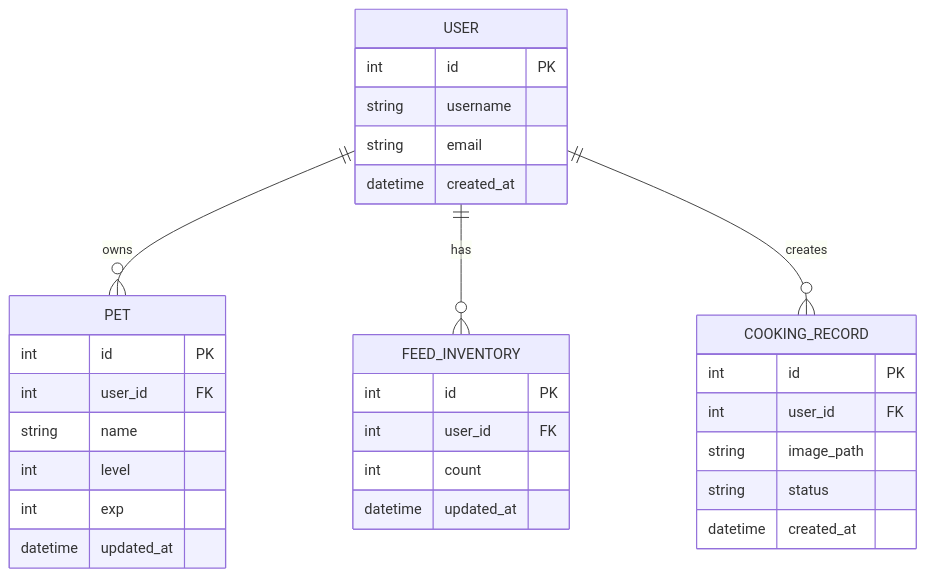
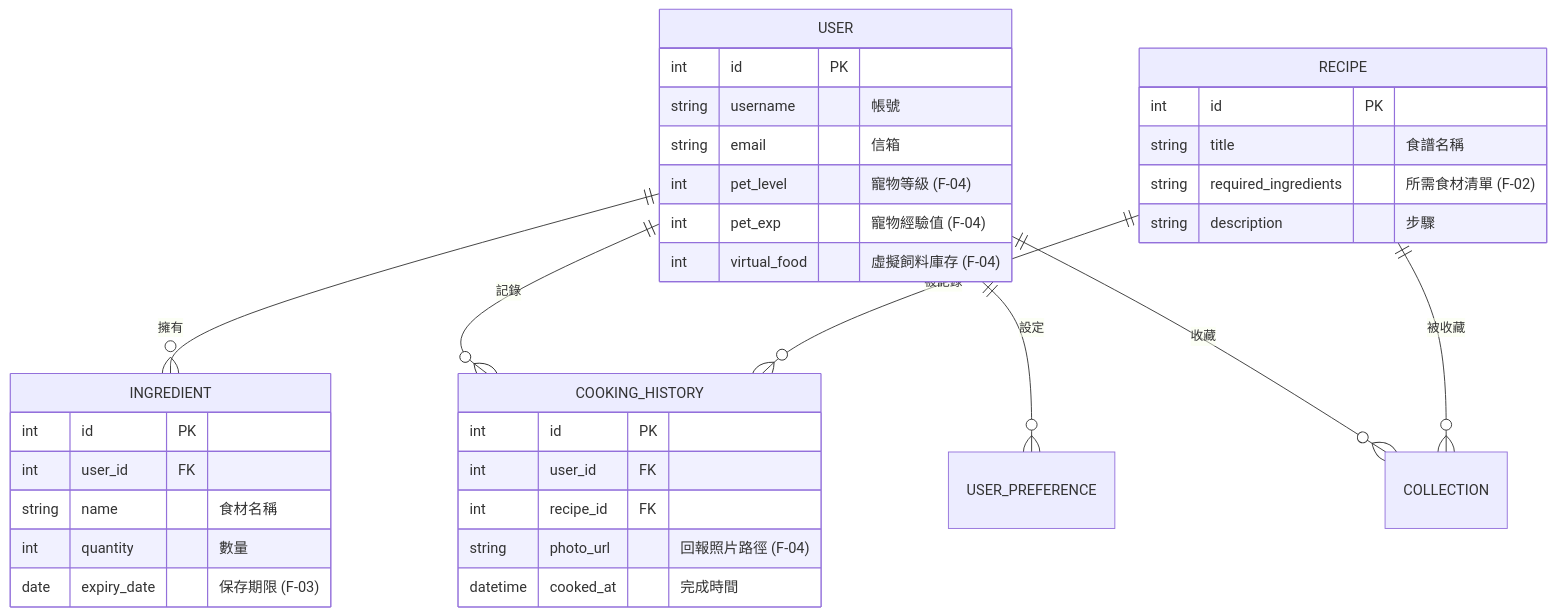
One commit to 960527jane-del/goodjob changed the diagram in docs/DB_DESIGN.md. Above: the diagram before and after it, drawn with Mermaid. The commit also changed other lines of this file and 1 other file, not shown here.

Commit message:
feat: add database schema and models

````diff
--- a/docs/DB_DESIGN.md
+++ b/docs/DB_DESIGN.md
@@ -46,37 +7,41 @@
 ```mermaid
 erDiagram
-  USER ||--o{ PET : owns
-  USER ||--o{ FEED_INVENTORY : has
-  USER ||--o{ COOKING_RECORD : creates
+    USER ||--o{ INGREDIENT : "擁有"
+    USER ||--o{ COOKING_HISTORY : "記錄"
+    USER ||--o{ USER_PREFERENCE : "設定"
+    USER ||--o{ COLLECTION : "收藏"
+    RECIPE ||--o{ COOKING_HISTORY : "被記錄"
+    RECIPE ||--o{ COLLECTION : "被收藏"
 
-  USER {
-    int id PK
-    string username
-    string email
-    datetime created_at
-  }
-
-  PET {
-    int id PK
-    int user_id FK
-    string name
-    int level
-    int exp
-    datetime updated_at
-  }
-
-  FEED_INVENTORY {
-    int id PK
-    int user_id FK
-    int count
-    datetime updated_at
-  }
-
-  COOKING_RECORD {
-    int id PK
-    int user_id FK
-    string image_path
-    string status
-    datetime created_at
-  }
+    USER {
+        int id PK
+        string username "帳號"
+        string email "信箱"
+        int pet_level "寵物等級 (F-04)"
+        int pet_exp "寵物經驗值 (F-04)"
+        int virtual_food "虛擬飼料庫存 (F-04)"
+    }
+    
+    INGREDIENT {
+        int id PK
+        int user_id FK
+        string name "食材名稱"
+        int quantity "數量"
+        date expiry_date "保存期限 (F-03)"
+    }
+    
+    RECIPE {
+        int id PK
+        string title "食譜名稱"
+        string required_ingredients "所需食材清單 (F-02)"
+        string description "步驟"
+    }
+    
+    COOKING_HISTORY {
+        int id PK
+        int user_id FK
+        int recipe_id FK
+        string photo_url "回報照片路徑 (F-04)"
+        datetime cooked_at "完成時間"
+    }
 ```
````
